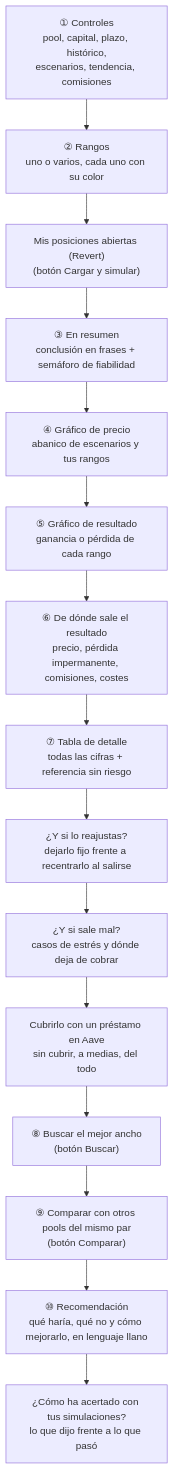
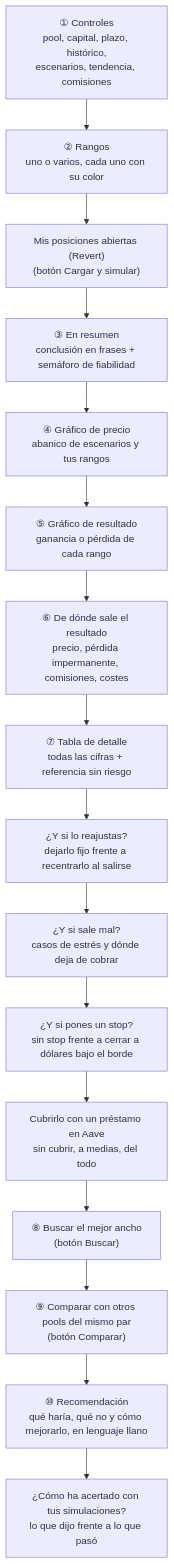
The first of 7 diagrams in Guia Simulador.md (Caiico1/etapas-weinstein), drawn with Mermaid before and after one commit. The commit also changed other lines of this file and 4 other files, not shown here.

Commit message:
Simulador: regla de salida (stop a dólares bajo el borde), validada con dos años de aperturas

````diff
--- a/Guia Simulador.md
+++ b/Guia Simulador.md
@@ -58,17 +58,18 @@
 ```mermaid
 flowchart TB
     A["① Controles<br/>pool, capital, plazo, histórico,<br/>escenarios, tendencia, comisiones"] --> B["② Rangos<br/>uno o varios, cada uno con su color"]
     B --> M["Mis posiciones abiertas (Revert)<br/>(botón Cargar y simular)"]
     M --> R["③ En resumen<br/>conclusión en frases + semáforo de fiabilidad"]
     R --> C["④ Gráfico de precio<br/>abanico de escenarios y tus rangos"]
     C --> D["⑤ Gráfico de resultado<br/>ganancia o pérdida de cada rango"]
     D --> G["⑥ De dónde sale el resultado<br/>precio, pérdida impermanente, comisiones, costes"]
     G --> E["⑦ Tabla de detalle<br/>todas las cifras + referencia sin riesgo"]
     E --> RJ["¿Y si lo reajustas?<br/>dejarlo fijo frente a recentrarlo al salirse"]
     RJ --> ES["¿Y si sale mal?<br/>casos de estrés y dónde deja de cobrar"]
-    ES --> CB["Cubrirlo con un préstamo en Aave<br/>sin cubrir, a medias, del todo"]
+    ES --> SL["¿Y si pones un stop?<br/>sin stop frente a cerrar a dólares bajo el borde"]
+    SL --> CB["Cubrirlo con un préstamo en Aave<br/>sin cubrir, a medias, del todo"]
     CB --> O["⑧ Buscar el mejor ancho<br/>(botón Buscar)"]
     O --> P["⑨ Comparar con otros pools del mismo par<br/>(botón Comparar)"]
     P --> Q["⑩ Recomendación<br/>qué haría, qué no y cómo mejorarlo, en lenguaje llano"]
     Q --> HI["¿Cómo ha acertado con tus simulaciones?<br/>lo que dijo frente a lo que pasó"]
 ```
````
